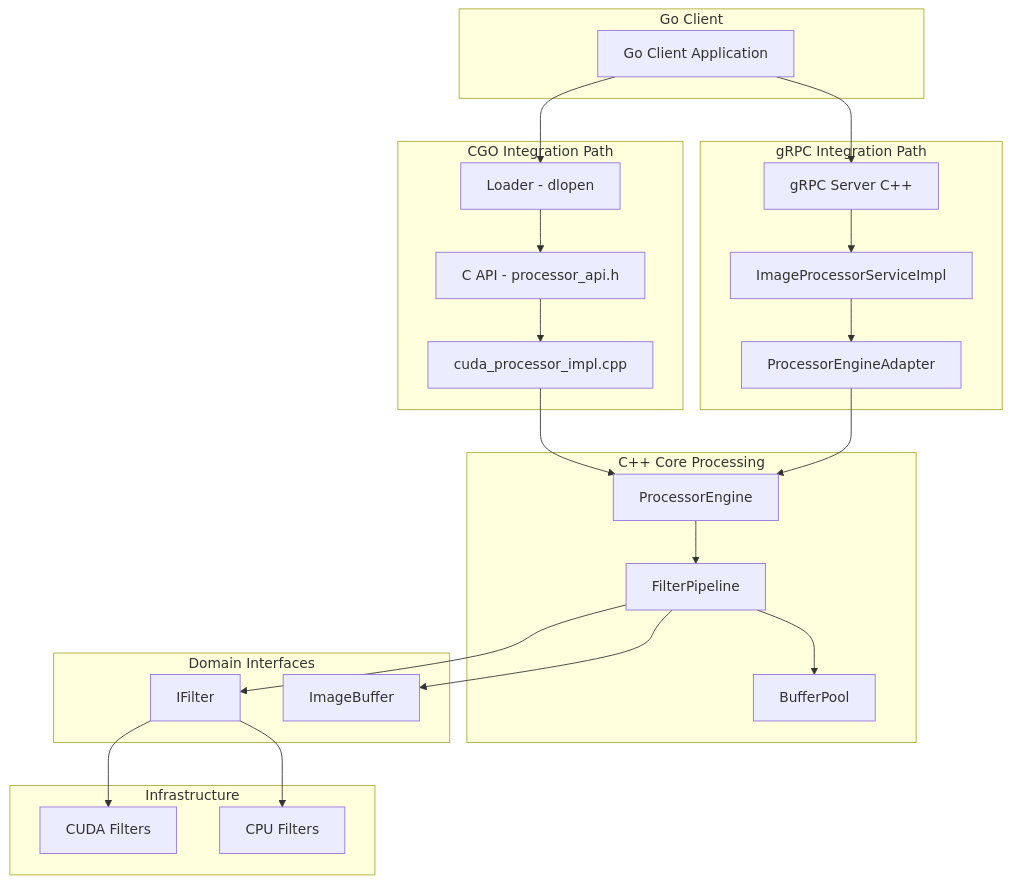
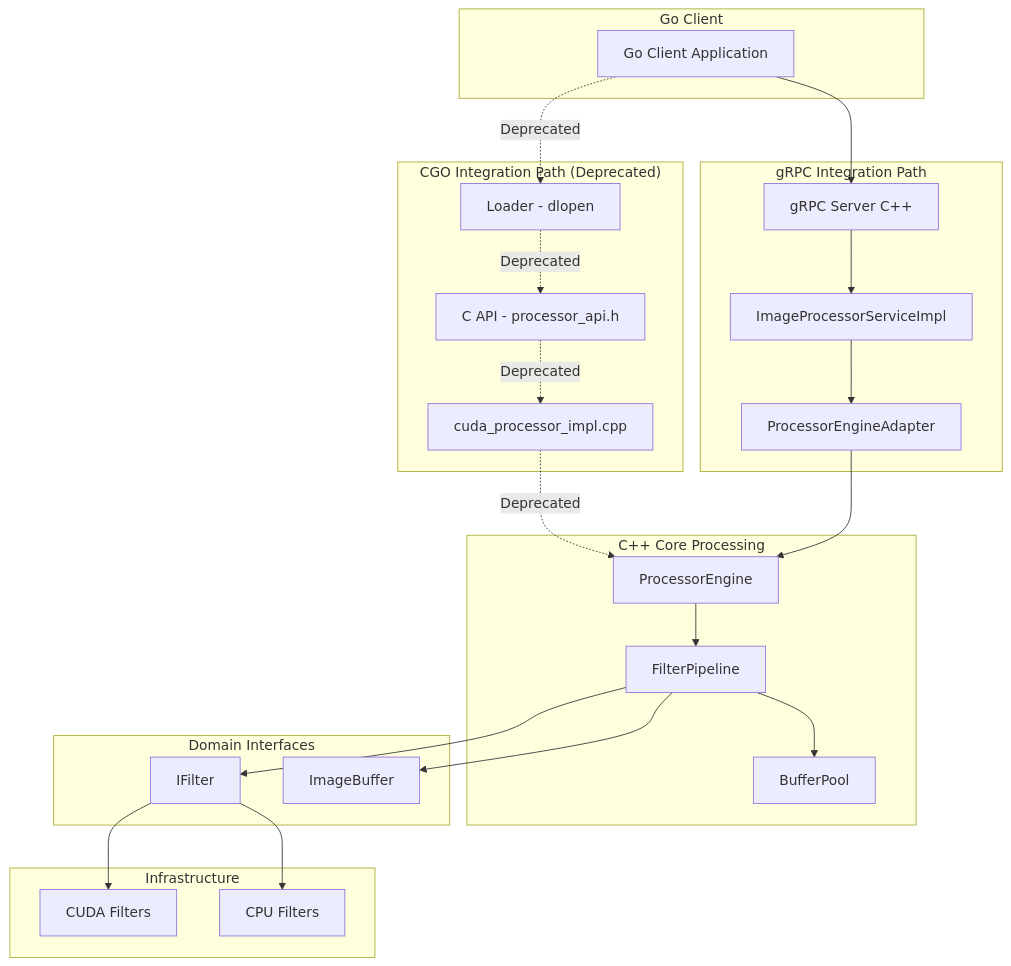
One commit to josnelihurt/learning-cuda changed the first of 6 diagrams in cpp_accelerator/README.md. Above: the diagram before and after it, drawn with Mermaid. The commit also changed other lines of this file and 239 other files, not shown here.

````diff
--- a/cpp_accelerator/README.md
+++ b/cpp_accelerator/README.md
@@ -32,51 +32,51 @@
 ```mermaid
 graph TB
     subgraph "Go Client"
         GoClient[Go Client Application]
     end
     
-    subgraph "CGO Integration Path"
+    subgraph "CGO Integration Path (Deprecated)"
         Loader[Loader - dlopen]
         CAPI[C API - processor_api.h]
         SharedLibImpl[cuda_processor_impl.cpp]
     end
     
     subgraph "gRPC Integration Path"
         GRPCServer[gRPC Server C++]
         GRPCService[ImageProcessorServiceImpl]
         EngineAdapter[ProcessorEngineAdapter]
     end
     
     subgraph "C++ Core Processing"
         ProcessorEngine[ProcessorEngine]
         FilterPipeline[FilterPipeline]
         BufferPool[BufferPool]
     end
     
     subgraph "Domain Interfaces"
         IFilter[IFilter]
         ImageBuffer[ImageBuffer]
     end
     
     subgraph "Infrastructure"
         CudaFilters[CUDA Filters]
         CpuFilters[CPU Filters]
     end
     
-    GoClient --> Loader
+    GoClient -.->|Deprecated| Loader
     GoClient --> GRPCServer
-    Loader --> CAPI
-    CAPI --> SharedLibImpl
-    SharedLibImpl --> ProcessorEngine
+    Loader -.->|Deprecated| CAPI
+    CAPI -.->|Deprecated| SharedLibImpl
+    SharedLibImpl -.->|Deprecated| ProcessorEngine
     
     GRPCServer --> GRPCService
     GRPCService --> EngineAdapter
     EngineAdapter --> ProcessorEngine
     
     ProcessorEngine --> FilterPipeline
     FilterPipeline --> BufferPool
     FilterPipeline --> IFilter
     IFilter --> CudaFilters
     IFilter --> CpuFilters
     FilterPipeline --> ImageBuffer
 ```
````
